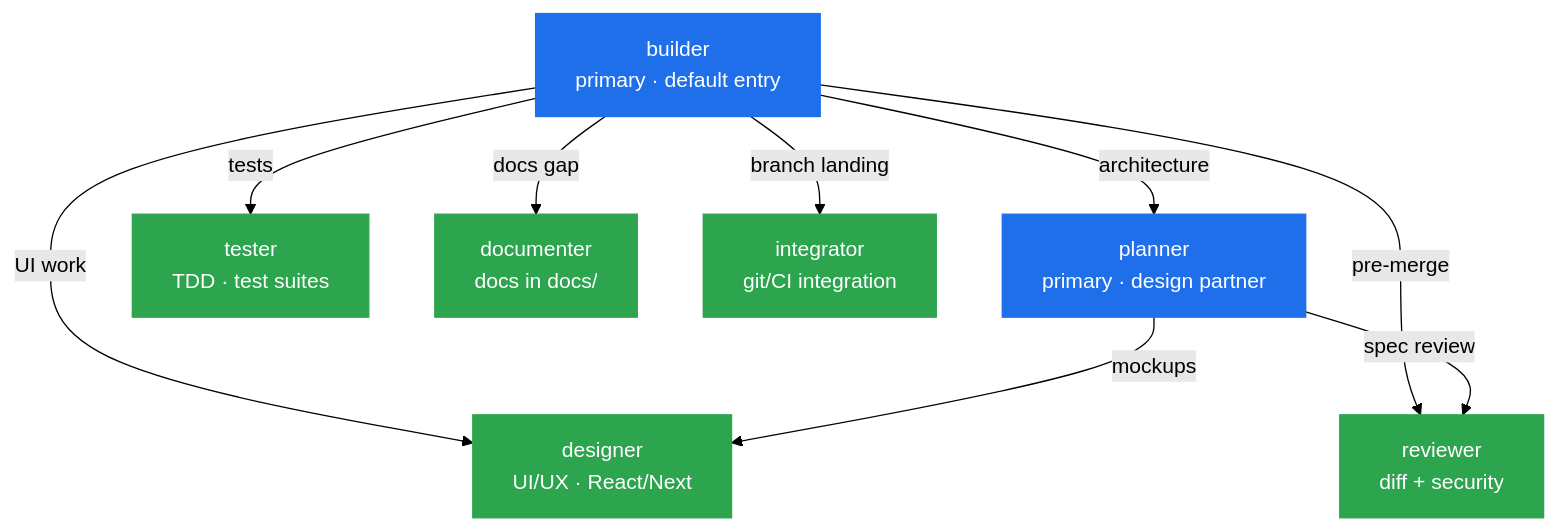
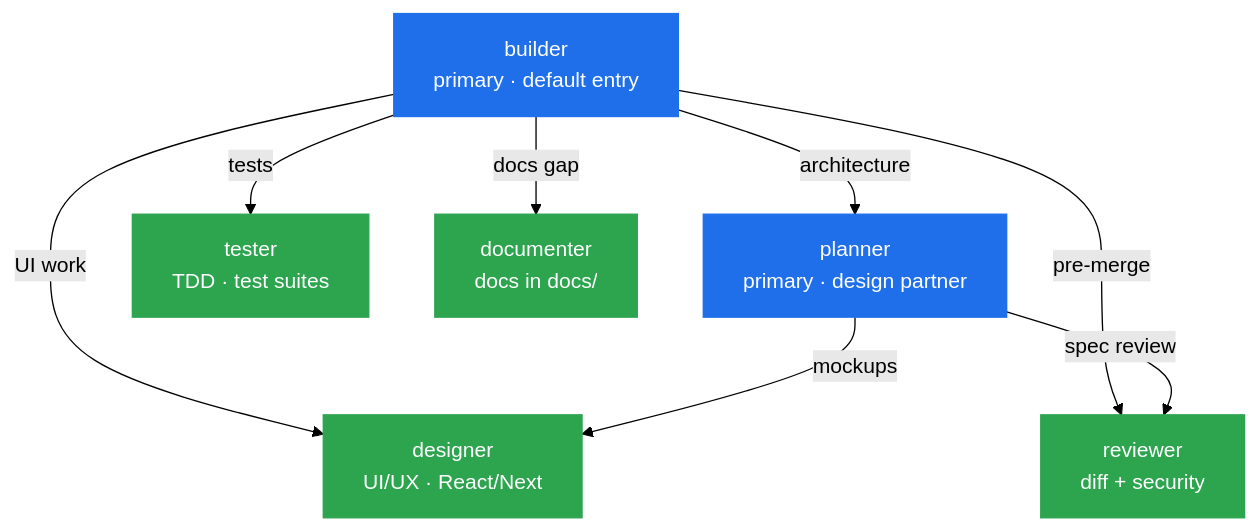
Before and after one commit to PanPanFR/oh-my-openkilo: the diagram in README.md, drawn with Mermaid (forest theme). The commit also changed other lines of this file and 8 other files, not shown here.

````diff
--- a/README.md
+++ b/README.md
@@ -113,24 +113,22 @@
 ```mermaid
 graph TD
     B[builder<br/>primary · default entry]
     P[planner<br/>primary · design partner]
     DS[designer<br/>UI/UX · React/Next]
     T[tester<br/>TDD · test suites]
     R[reviewer<br/>diff + security]
     DOC[documenter<br/>docs in docs/]
-    I[integrator<br/>git/CI integration]
 
     B -->|UI work| DS
     B -->|tests| T
     B -->|pre-merge| R
     B -->|docs gap| DOC
-    B -->|branch landing| I
     B -->|architecture| P
     P -->|spec review| R
     P -->|mockups| DS
 
     classDef primary fill:#1f6feb,color:#fff,stroke:#1f6feb;
     classDef sub fill:#2da44e,color:#fff,stroke:#2da44e;
     class B,P primary;
     class DS,T,R,DOC,I sub;
 ```
````
